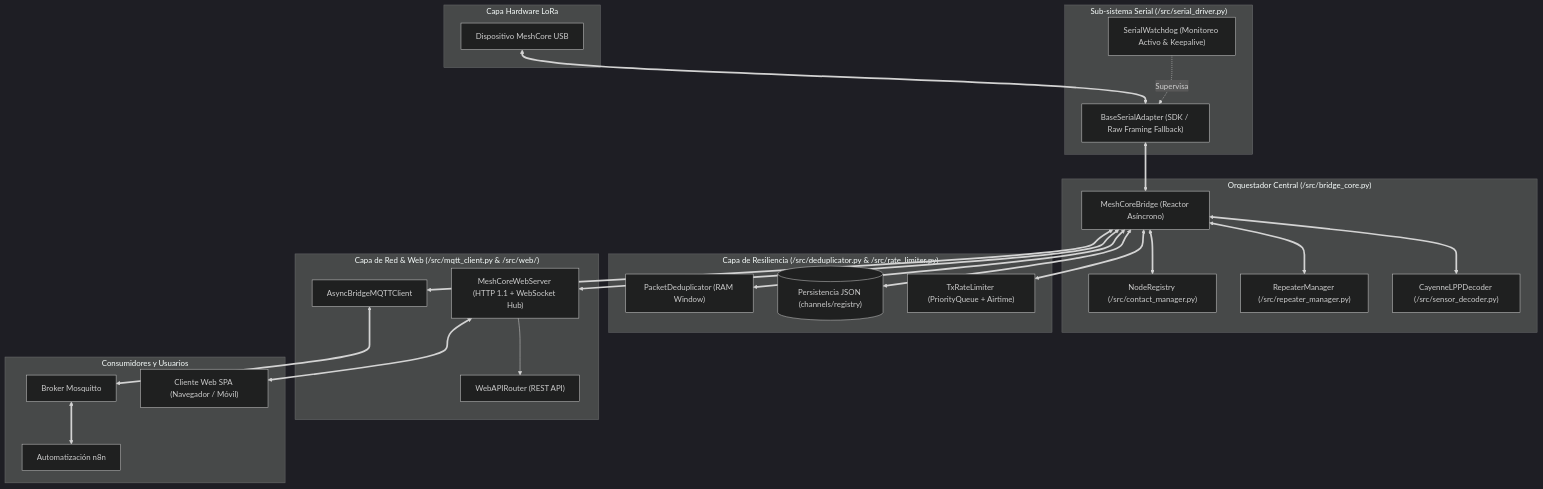
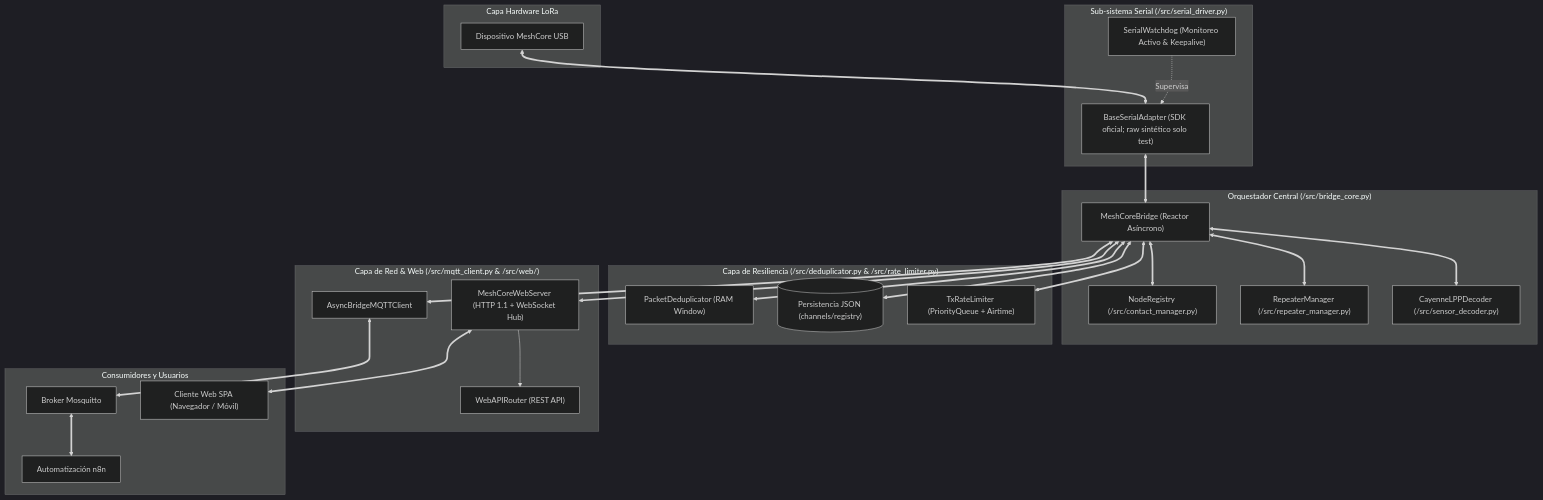
The second of 2 diagrams in docs/FINAL_PROJECT_REPORT.md (cyber89/meshcore-bridge-client), drawn with Mermaid (dark theme) before and after one commit. The commit also changed other lines of this file, not shown here.

Commit message:
docs: correct historical report framing with current audit note

````diff
--- a/docs/FINAL_PROJECT_REPORT.md
+++ b/docs/FINAL_PROJECT_REPORT.md
@@ -65,51 +65,51 @@
 ```mermaid
 flowchart TB
     subgraph HardwareLayer["Capa Hardware LoRa"]
         DEV["Dispositivo MeshCore USB"]
     end
 
     subgraph SerialLayer["Sub-sistema Serial (/src/serial_driver.py)"]
-        ADAPTER["BaseSerialAdapter (SDK / Raw Framing Fallback)"]
+        ADAPTER["BaseSerialAdapter (SDK oficial; raw sintético solo test)"]
         WATCHDOG["SerialWatchdog (Monitoreo Activo & Keepalive)"]
         DEV <==> ADAPTER
         WATCHDOG -.->|Supervisa| ADAPTER
     end
 
     subgraph CoreLayer["Orquestador Central (/src/bridge_core.py)"]
         CORE["MeshCoreBridge (Reactor Asíncrono)"]
         REGISTRY["NodeRegistry (/src/contact_manager.py)"]
         REPEATER["RepeaterManager (/src/repeater_manager.py)"]
         LPP["CayenneLPPDecoder (/src/sensor_decoder.py)"]
         CORE <==> REGISTRY
         CORE <==> REPEATER
         CORE <==> LPP
     end
 
     subgraph ResilienceLayer["Capa de Resiliencia (/src/deduplicator.py & /src/rate_limiter.py)"]
         DEDUP["PacketDeduplicator (RAM Window)"]
         STORAGE[("Persistencia JSON (channels/registry)")]
         TX_QUEUE["TxRateLimiter (PriorityQueue + Airtime)"]
         CORE <==> DEDUP
         CORE <==> STORAGE
         CORE <==> TX_QUEUE
     end
 
     subgraph NetworkLayer["Capa de Red & Web (/src/mqtt_client.py & /src/web/)"]
         MQTT["AsyncBridgeMQTTClient"]
         HTTP_SRV["MeshCoreWebServer (HTTP 1.1 + WebSocket Hub)"]
         API_ROUTER["WebAPIRouter (REST API)"]
         CORE <==> MQTT
         CORE <==> HTTP_SRV
         HTTP_SRV --> API_ROUTER
     end
 
     subgraph Clients["Consumidores y Usuarios"]
         MOSQUITTO["Broker Mosquitto"]
         N8N["Automatización n8n"]
         BROWSER["Cliente Web SPA (Navegador / Móvil)"]
         MQTT <==> MOSQUITTO <==> N8N
         HTTP_SRV <==> BROWSER
     end
 
     ADAPTER <==> CORE
 ```
````
